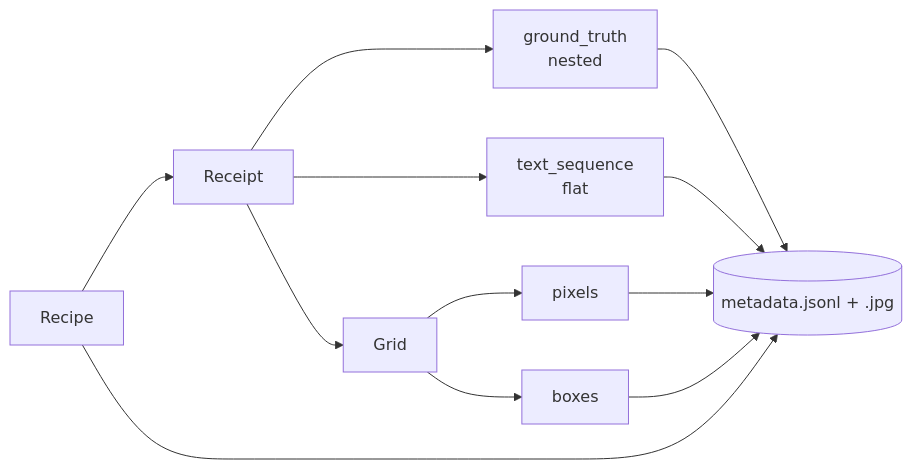
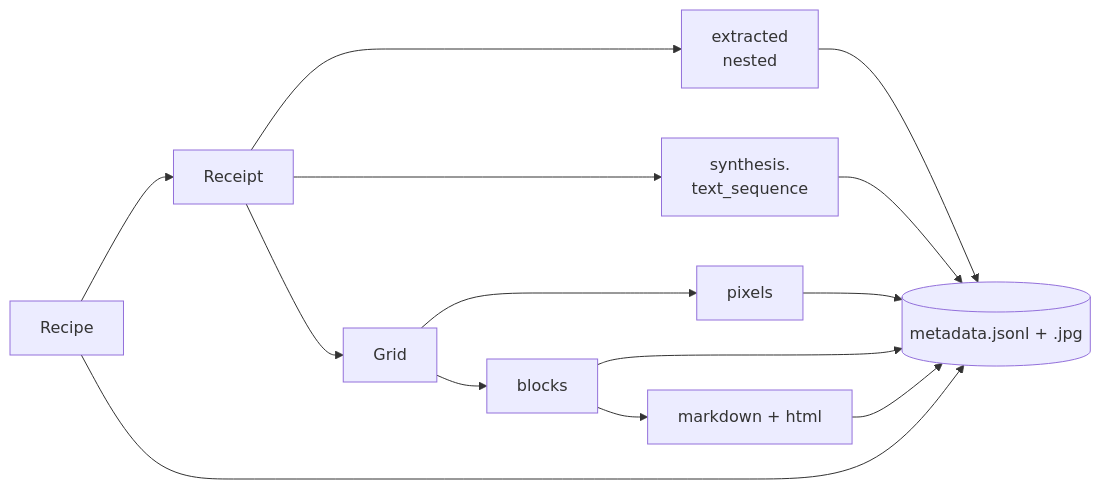
The ninth of 9 diagrams in README.md (LinhPhuong14/vlm-ocr-synthetic), drawn with Mermaid before and after one commit. The commit also changed other lines of this file and 48 other files, not shown here.

````diff
--- a/README.md
+++ b/README.md
@@ -467,10 +490,11 @@
 ```mermaid
 flowchart LR
     R["Recipe"] --> RC["Receipt"]
-    RC --> GT["ground_truth<br/>nested"]
-    RC --> TS["text_sequence<br/>flat"]
+    RC --> GT["extracted<br/>nested"]
+    RC --> TS["synthesis.<br/>text_sequence"]
     RC --> G["Grid"]
     G --> PX["pixels"]
-    G --> BX["boxes"]
-    GT & TS & PX & BX & R --> J[("metadata.jsonl + .jpg")]
+    G --> BX["blocks"]
+    BX --> MD["markdown + html"]
+    GT & TS & PX & BX & MD & R --> J[("metadata.jsonl + .jpg")]
 ```
````
